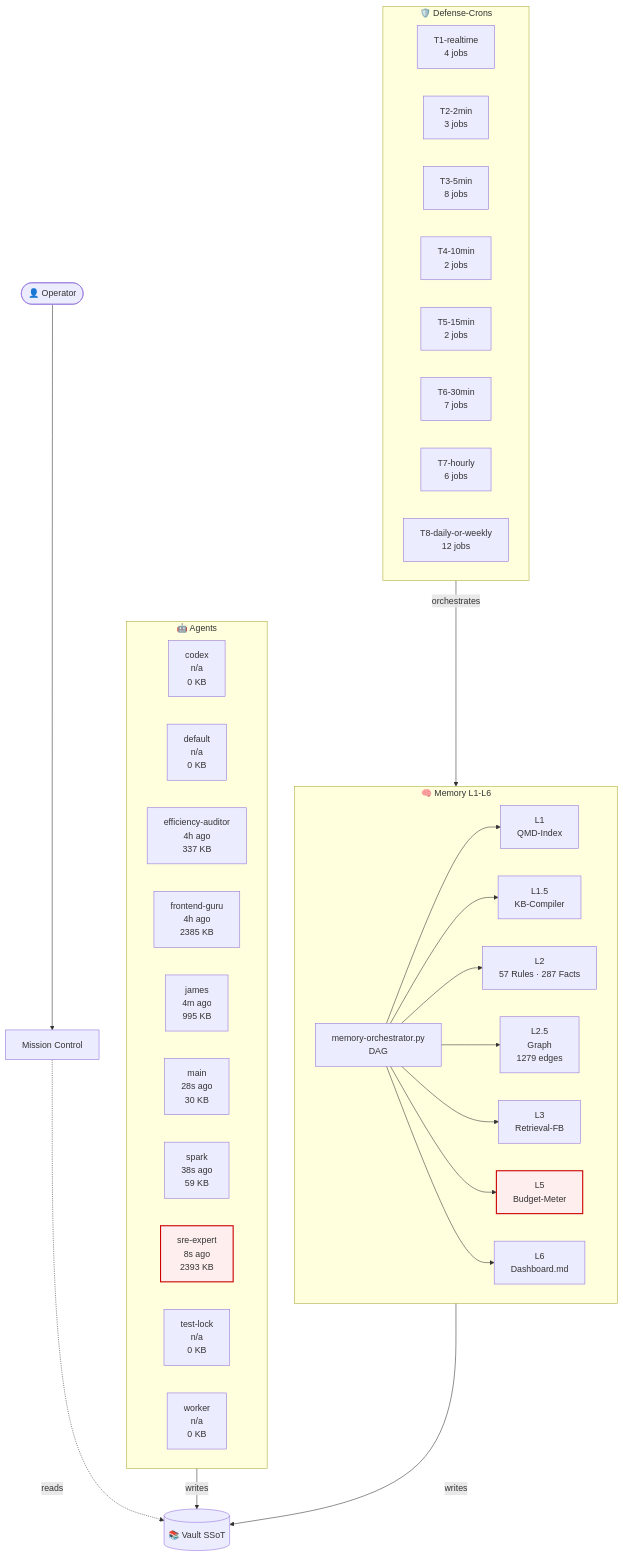
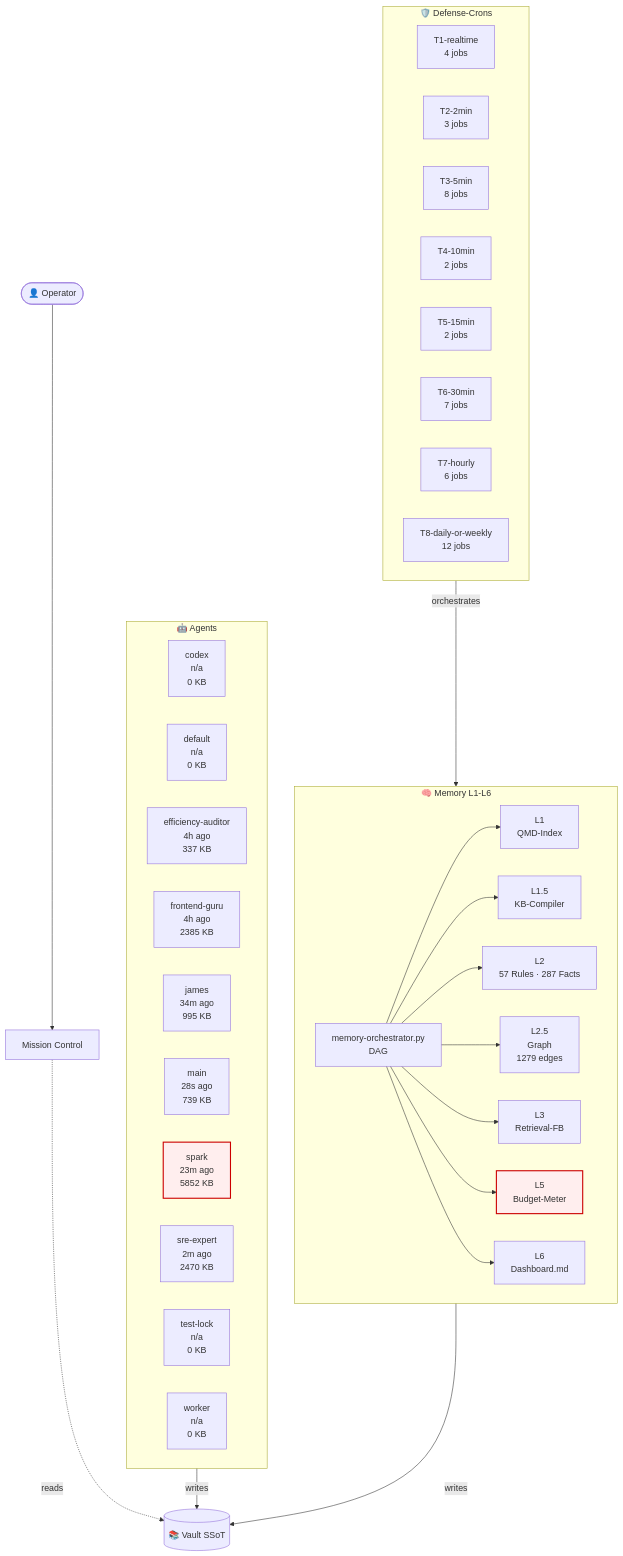
The diagram in 03-Agents/architecture-live.md (lenardhuebner88-rgb/openclaw-memory), drawn with Mermaid before and after one commit. The commit also changed other lines of this file and 18 other files, not shown here.

````diff
--- a/03-Agents/architecture-live.md
+++ b/03-Agents/architecture-live.md
@@ -18,53 +18,53 @@
 ```mermaid
 flowchart TB
     classDef critical fill:#fee,stroke:#c00,stroke-width:2px;
     subgraph AGT["🤖 Agents"]
         agent_codex["codex<br/>n/a<br/>0 KB"]
         agent_default["default<br/>n/a<br/>0 KB"]
         agent_efficiency_auditor["efficiency-auditor<br/>4h ago<br/>337 KB"]
         agent_frontend_guru["frontend-guru<br/>4h ago<br/>2385 KB"]
-        agent_james["james<br/>4m ago<br/>995 KB"]
-        agent_main["main<br/>28s ago<br/>30 KB"]
-        agent_spark["spark<br/>38s ago<br/>59 KB"]
-        agent_sre_expert["sre-expert<br/>8s ago<br/>2393 KB"]
+        agent_james["james<br/>34m ago<br/>995 KB"]
+        agent_main["main<br/>28s ago<br/>739 KB"]
+        agent_spark["spark<br/>23m ago<br/>5852 KB"]
+        agent_sre_expert["sre-expert<br/>2m ago<br/>2470 KB"]
         agent_test_lock["test-lock<br/>n/a<br/>0 KB"]
         agent_worker["worker<br/>n/a<br/>0 KB"]
     end
     subgraph MEM["🧠 Memory L1-L6"]
         L1["L1<br/>QMD-Index"]
         L15["L1.5<br/>KB-Compiler"]
         L2["L2<br/>57 Rules · 287 Facts"]
         L25["L2.5<br/>Graph<br/>1279 edges"]
         L3["L3<br/>Retrieval-FB"]
         L5["L5<br/>Budget-Meter"]
         L6["L6<br/>Dashboard.md"]
         ORCH["memory-orchestrator.py<br/>DAG"]
     end
     subgraph CRN["🛡️ Defense-Crons"]
         tier_T1_realtime["T1-realtime<br/>4 jobs"]
         tier_T2_2min["T2-2min<br/>3 jobs"]
         tier_T3_5min["T3-5min<br/>8 jobs"]
         tier_T4_10min["T4-10min<br/>2 jobs"]
         tier_T5_15min["T5-15min<br/>2 jobs"]
         tier_T6_30min["T6-30min<br/>7 jobs"]
         tier_T7_hourly["T7-hourly<br/>6 jobs"]
         tier_T8_daily_or_weekly["T8-daily-or-weekly<br/>12 jobs"]
     end
     VAULT[("📚 Vault SSoT")]
     OP([👤 Operator])
     MC["Mission Control"]
     OP --> MC
     MC -.reads.-> VAULT
     AGT -->|writes| VAULT
     MEM -->|writes| VAULT
     ORCH --> L1
     ORCH --> L15
     ORCH --> L2
     ORCH --> L25
     ORCH --> L3
     ORCH --> L5
     ORCH --> L6
     CRN -->|orchestrates| MEM
     class L5 critical
-    class agent_sre_expert critical
+    class agent_spark critical
 ```
````
